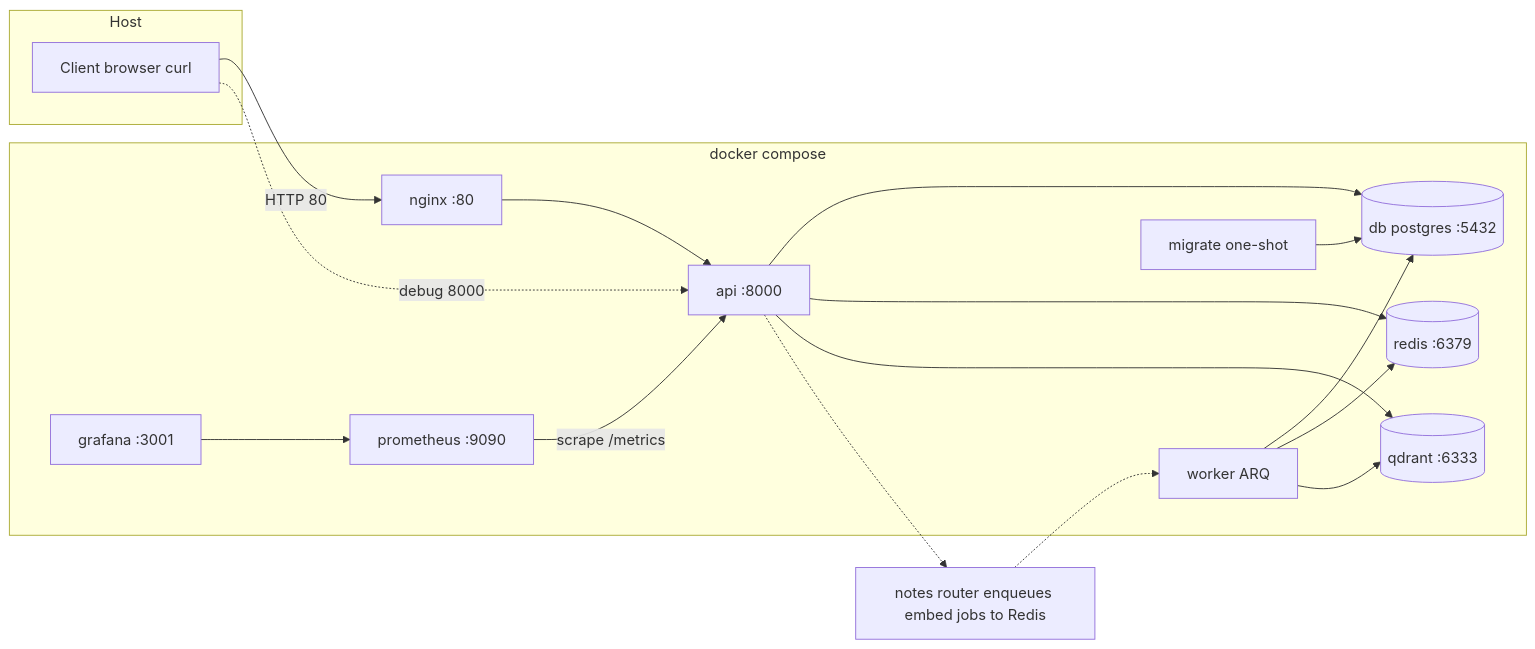
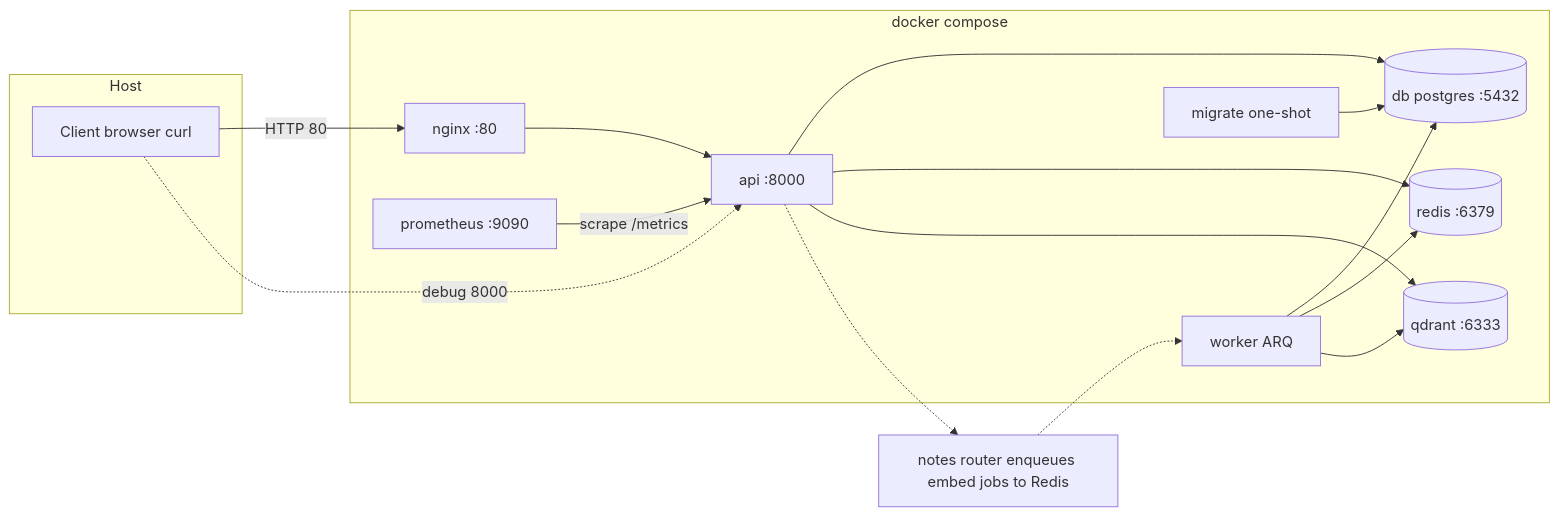
Diagram 11 of 13 in docs/uml/diagrams.md (RudraPramanik/system-dashnote), drawn with Mermaid before and after one commit. The commit also changed other lines of this file and 50 other files, not shown here.

````diff
--- a/docs/uml/diagrams.md
+++ b/docs/uml/diagrams.md
@@ -437,35 +462,33 @@
 ```mermaid
 flowchart LR
     subgraph Host["Host"]
         U[Client browser curl]
     end
 
     subgraph Compose["docker compose"]
         NG[nginx :80]
         API[api :8000]
         WRK[worker ARQ]
         PG[(db postgres :5432)]
         RD[(redis :6379)]
         QD[(qdrant :6333)]
         PR[prometheus :9090]
-        GF[grafana :3001]
         MG[migrate one-shot]
     end
 
     U -->|HTTP 80| NG
     U -.->|debug 8000| API
     NG --> API
     API --> PG
     API --> RD
     API --> QD
     WRK --> PG
     WRK --> RD
     WRK --> QD
     PR -->|scrape /metrics| API
-    GF --> PR
     MG --> PG
 
     note1[notes router enqueues embed jobs to Redis]
     API -.-> note1
     note1 -.-> WRK
 ```
````
